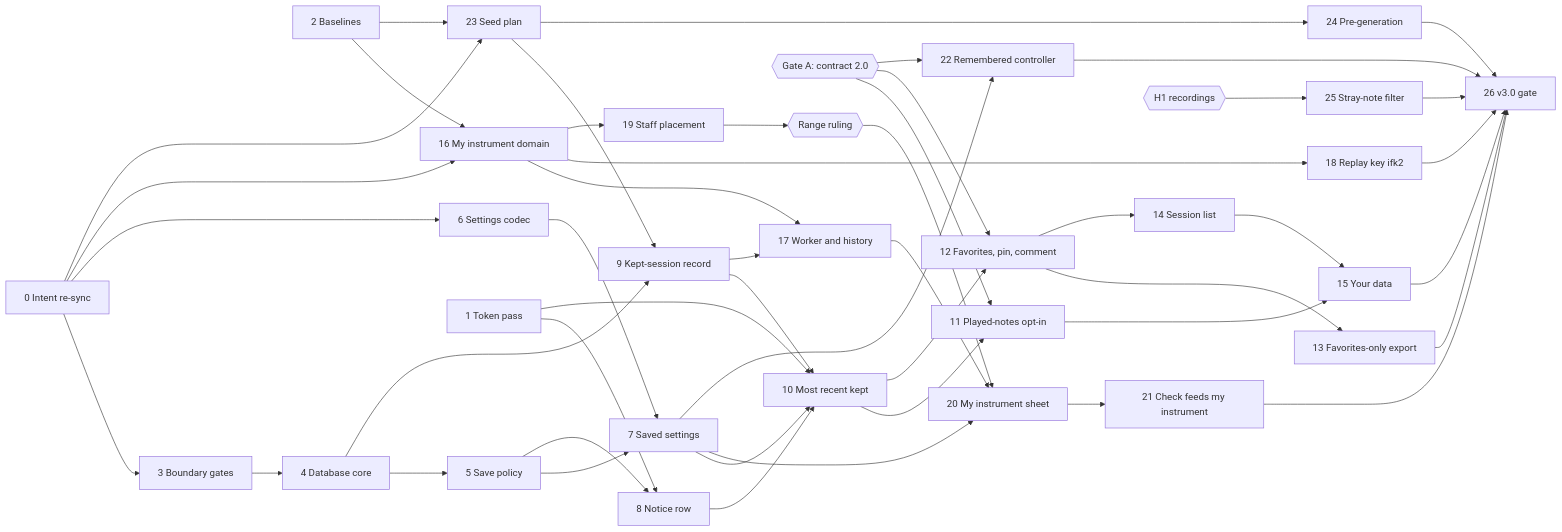
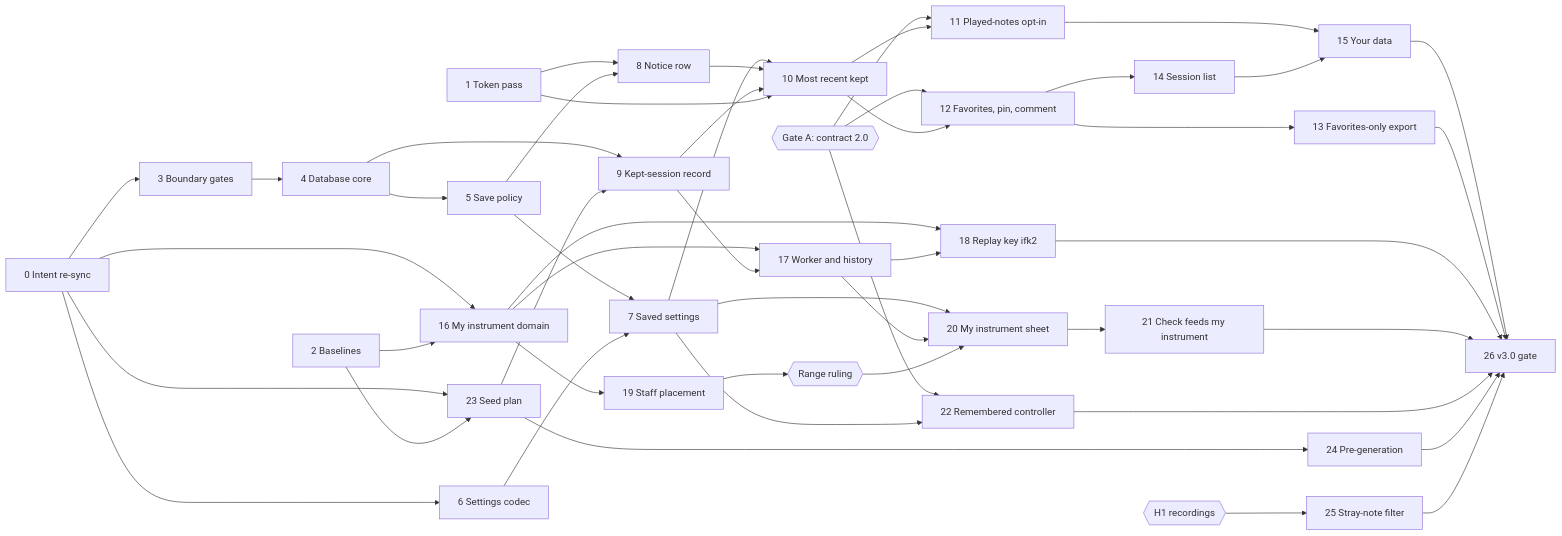
One commit to kluthen/infinite-flow changed the diagram in specs/versions/v3/build-plan.md. Above: the diagram before and after it, drawn with Mermaid. The commit also changed other lines of this file and 4 other files, not shown here.

````diff
--- a/specs/versions/v3/build-plan.md
+++ b/specs/versions/v3/build-plan.md
@@ -89,49 +93,50 @@
 ```mermaid
 flowchart LR
   C0[0 Intent re-sync] --> C3[3 Boundary gates]
   C0 --> C6[6 Settings codec]
   C0 --> C16[16 My instrument domain]
   C0 --> C23[23 Seed plan]
   C1[1 Token pass] --> C8[8 Notice row]
   C2[2 Baselines] --> C16
   C2 --> C23
   C3 --> C4[4 Database core]
   C4 --> C5[5 Save policy]
   C4 --> C9[9 Kept-session record]
   C23 --> C9
   C5 --> C7[7 Saved settings]
   C6 --> C7
   C5 --> C8
   C7 --> C10[10 Most recent kept]
   C8 --> C10
   C9 --> C10
   C1 --> C10
   GA{{Gate A: contract 2.0}} --> C11
   GA --> C12
   GA --> C22
   C10 --> C11[11 Played-notes opt-in]
   C10 --> C12[12 Favorites, pin, comment]
   C12 --> C13[13 Favorites-only export]
   C12 --> C14[14 Session list]
   C11 --> C15[15 Your data]
   C14 --> C15
   C16 --> C17[17 Worker and history]
   C9 --> C17
   C16 --> C18[18 Replay key ifk2]
+  C17 --> C18
   C16 --> C19[19 Staff placement]
   C19 --> RR{{Range ruling}}
   C7 --> C20[20 My instrument sheet]
   C17 --> C20
   RR --> C20
   C20 --> C21[21 Check feeds my instrument]
   C7 --> C22[22 Remembered controller]
   C23 --> C24[24 Pre-generation]
   H1{{H1 recordings}} --> C25[25 Stray-note filter]
   C15 --> C26[26 v3.0 gate]
   C13 --> C26
   C18 --> C26
   C21 --> C26
   C22 --> C26
   C24 --> C26
   C25 --> C26
 ```
````
